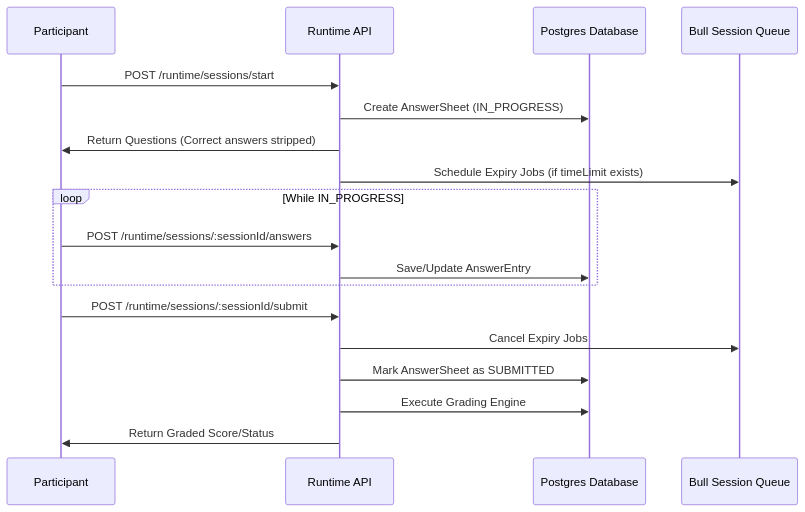
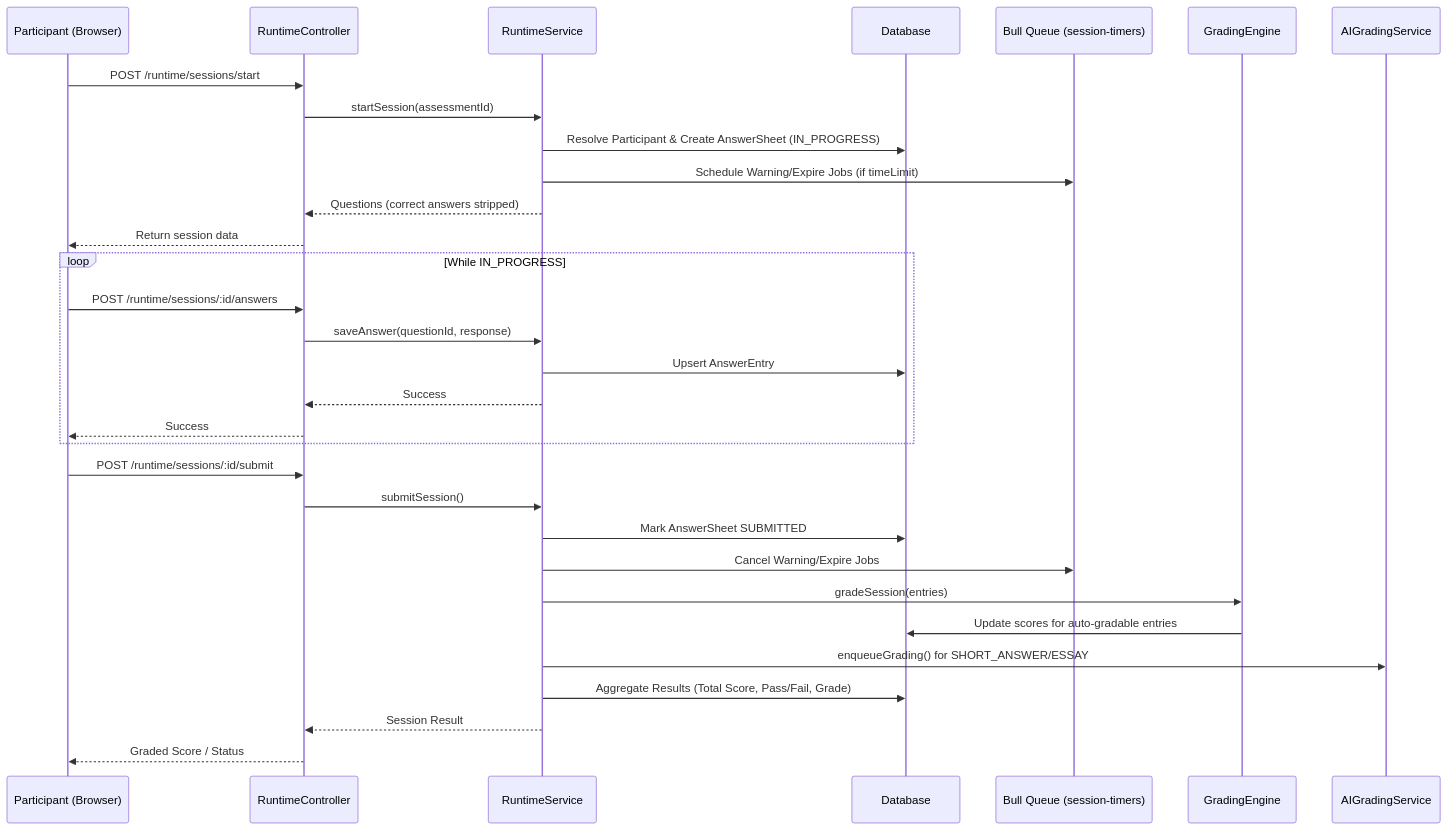
One commit to KhornMolika/assessment-service-backend changed the fourth of 8 diagrams in system.md. Above: the diagram before and after it, drawn with Mermaid. The commit also changed other lines of this file and 21 other files, not shown here.

````diff
--- a/system.md
+++ b/system.md
@@ -72,23 +240,36 @@
 ```mermaid
 sequenceDiagram
-    participant P as Participant
-    participant API as Runtime API
-    participant DB as Postgres Database
-    participant Q as Bull Session Queue
+    participant P as Participant (Browser)
+    participant API as RuntimeController
+    participant RS as RuntimeService
+    participant DB as Database
+    participant Q as Bull Queue (session-timers)
+    participant GE as GradingEngine
+    participant AI as AIGradingService
 
     P->>API: POST /runtime/sessions/start
-    API->>DB: Create AnswerSheet (IN_PROGRESS)
-    API->>P: Return Questions (Correct answers stripped)
-    API->>Q: Schedule Expiry Jobs (if timeLimit exists)
+    API->>RS: startSession(assessmentId)
+    RS->>DB: Resolve Participant & Create AnswerSheet (IN_PROGRESS)
+    RS->>Q: Schedule Warning/Expire Jobs (if timeLimit)
+    RS-->>API: Questions (correct answers stripped)
+    API-->>P: Return session data
 
     loop While IN_PROGRESS
-        P->>API: POST /runtime/sessions/:sessionId/answers
-        API->>DB: Save/Update AnswerEntry
+        P->>API: POST /runtime/sessions/:id/answers
+        API->>RS: saveAnswer(questionId, response)
+        RS->>DB: Upsert AnswerEntry
+        RS-->>API: Success
+        API-->>P: Success
     end
 
-    P->>API: POST /runtime/sessions/:sessionId/submit
-    API->>Q: Cancel Expiry Jobs
-    API->>DB: Mark AnswerSheet as SUBMITTED
-    API->>DB: Execute Grading Engine
-    API->>P: Return Graded Score/Status
+    P->>API: POST /runtime/sessions/:id/submit
+    API->>RS: submitSession()
+    RS->>DB: Mark AnswerSheet SUBMITTED
+    RS->>Q: Cancel Warning/Expire Jobs
+    RS->>GE: gradeSession(entries)
+    GE->>DB: Update scores for auto-gradable entries
+    RS->>AI: enqueueGrading() for SHORT_ANSWER/ESSAY
+    RS->>DB: Aggregate Results (Total Score, Pass/Fail, Grade)
+    RS-->>API: Session Result
+    API-->>P: Graded Score / Status
 ```
````
